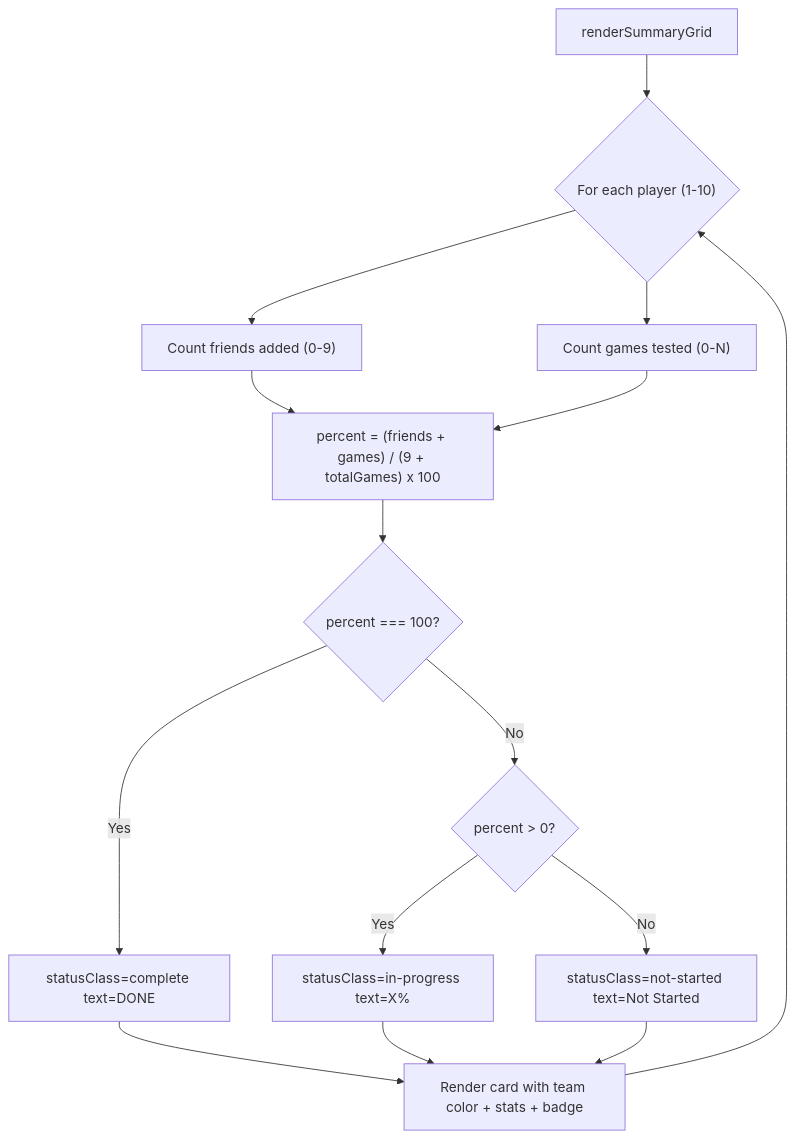
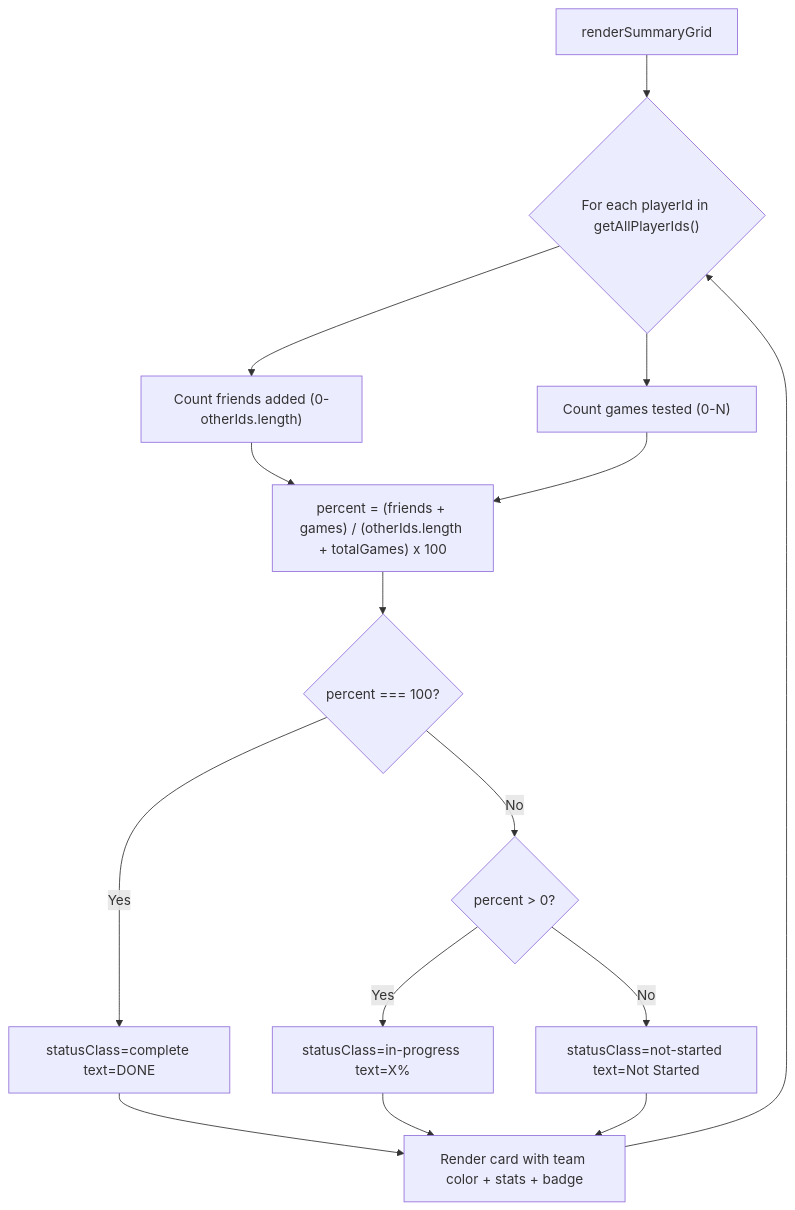
The third of 6 diagrams in BoardGame/docs/architecture/onboarding-lightweight.md (LNiitlahti/BoardGame), drawn with Mermaid before and after one commit. The commit also changed other lines of this file and 20 other files, not shown here.

````diff
--- a/BoardGame/docs/architecture/onboarding-lightweight.md
+++ b/BoardGame/docs/architecture/onboarding-lightweight.md
@@ -62,17 +76,17 @@
 ```mermaid
 flowchart TD
-    A[renderSummaryGrid] --> B{"For each player (1-10)"}
-    B --> C["Count friends added (0-9)"]
+    A[renderSummaryGrid] --> B{"For each playerId in getAllPlayerIds()"}
+    B --> C["Count friends added (0-otherIds.length)"]
     B --> D["Count games tested (0-N)"]
-    C --> E["percent = (friends + games) / (9 + totalGames) x 100"]
+    C --> E["percent = (friends + games) / (otherIds.length + totalGames) x 100"]
     D --> E
     E --> F{percent === 100?}
     F -->|Yes| G["statusClass=complete text=DONE"]
     F -->|No| H{percent > 0?}
     H -->|Yes| I["statusClass=in-progress text=X%"]
     H -->|No| J["statusClass=not-started text=Not Started"]
     G --> K[Render card with team color + stats + badge]
     I --> K
     J --> K
     K --> B
 ```
````
